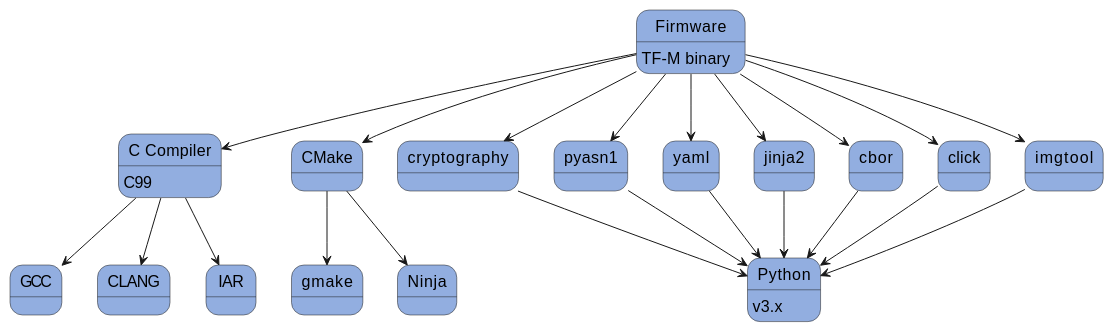
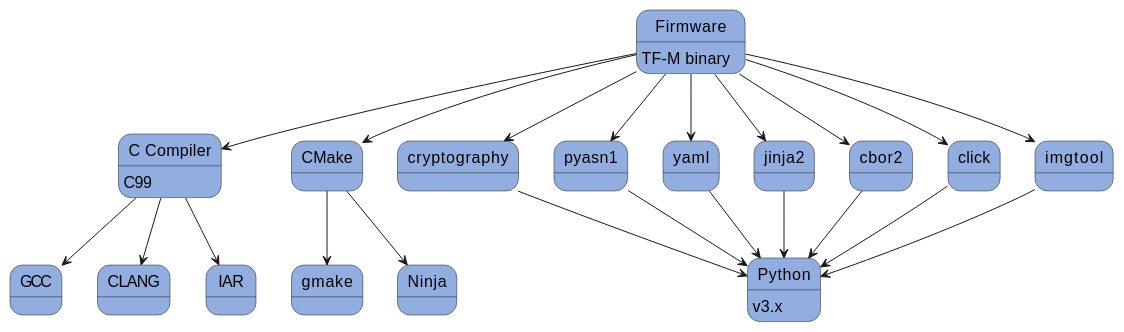
One commit to zephyrproject-rtos/trusted-firmware-m changed the diagram in docs/getting_started/tfm_getting_started.rst. Above: the diagram before and after it, drawn with PlantUML. The commit also changed 6 other files, not shown here.

```diff
--- a/docs/getting_started/tfm_getting_started.rst
+++ b/docs/getting_started/tfm_getting_started.rst
@@ -351,36 +351,36 @@
 .. uml::
 
    @startuml
     skinparam state {
       BackgroundColor #92AEE0
       FontColor black
       FontSize 16
       AttributeFontColor black
       AttributeFontSize 16
     }
     state fw as "Firmware" : TF-M binary
     state c_comp as "C Compiler" : C99
     state python as "Python" : v3.x
 
     fw --> c_comp
     fw --> CMake
     CMake --> gmake
     CMake --> Ninja
     fw --> cryptography
     fw --> pyasn1
     fw --> yaml
     fw --> jinja2
-    fw --> cbor
+    fw --> cbor2
     fw --> click
     fw --> imgtool
     c_comp --> GCC
     c_comp --> CLANG
     c_comp --> IAR
     cryptography --> python
     pyasn1 --> python
     yaml --> python
     jinja2 --> python
-    cbor --> python
+    cbor2 --> python
     click --> python
     imgtool --> python
    @enduml
```
